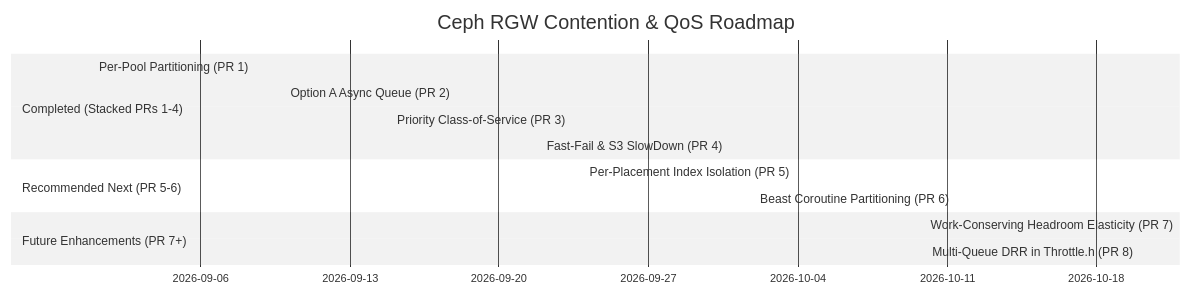
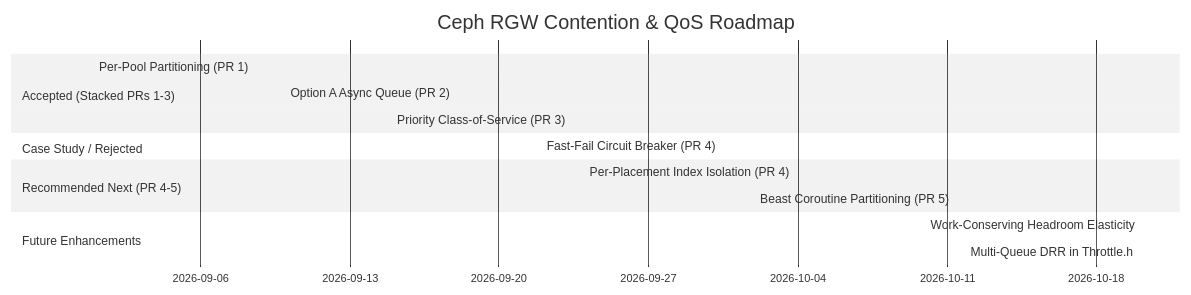
The diagram in src/test/rgw/ARCHITECTURAL_IDEAS_COMPENDIUM.md (JBakamovic/ceph), drawn with Mermaid (neutral theme) before and after one commit. The commit also changed other lines of this file and 1 other file, not shown here.

Commit message:
doc/rgw: document fast-fail circuit breaker empirical findings, rejection analysis, and subversion of PR1

````diff
--- a/src/test/rgw/ARCHITECTURAL_IDEAS_COMPENDIUM.md
+++ b/src/test/rgw/ARCHITECTURAL_IDEAS_COMPENDIUM.md
@@ -287,16 +304,17 @@
 ```mermaid
 gantt
     title Ceph RGW Contention & QoS Roadmap
     dateFormat  YYYY-MM
-    section Completed (Stacked PRs 1-4)
+    section Accepted (Stacked PRs 1-3)
     Per-Pool Partitioning (PR 1)                :done, pr1, 2026-09-01, 2026-09-10
     Option A Async Queue (PR 2)                 :done, pr2, 2026-09-10, 2026-09-15
     Priority Class-of-Service (PR 3)            :done, pr3, 2026-09-15, 2026-09-22
-    Fast-Fail & S3 SlowDown (PR 4)              :done, pr4, 2026-09-22, 2026-09-23
-    section Recommended Next (PR 5-6)
-    Per-Placement Index Isolation (PR 5)        :active, pr5, 2026-09-24, 2026-10-02
-    Beast Coroutine Partitioning (PR 6)         :active, pr6, 2026-10-02, 2026-10-10
-    section Future Enhancements (PR 7+)
-    Work-Conserving Headroom Elasticity (PR 7)  :pr7, 2026-10-10, 2026-10-20
-    Multi-Queue DRR in Throttle.h (PR 8)        :pr8, 2026-10-20, 2026-10-30
+    section Case Study / Rejected
+    Fast-Fail Circuit Breaker (PR 4)            :crit, pr4, 2026-09-22, 2026-09-23
+    section Recommended Next (PR 4-5)
+    Per-Placement Index Isolation (PR 4)        :active, pr5, 2026-09-24, 2026-10-02
+    Beast Coroutine Partitioning (PR 5)         :active, pr6, 2026-10-02, 2026-10-10
+    section Future Enhancements
+    Work-Conserving Headroom Elasticity         :pr7, 2026-10-10, 2026-10-20
+    Multi-Queue DRR in Throttle.h               :pr8, 2026-10-20, 2026-10-30
 ```
````
